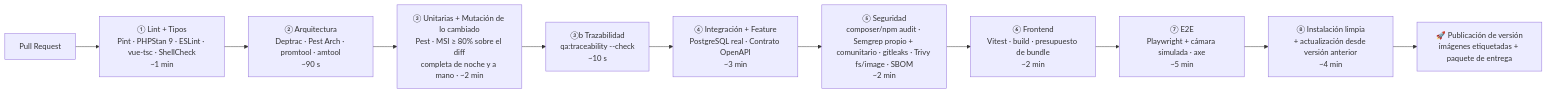
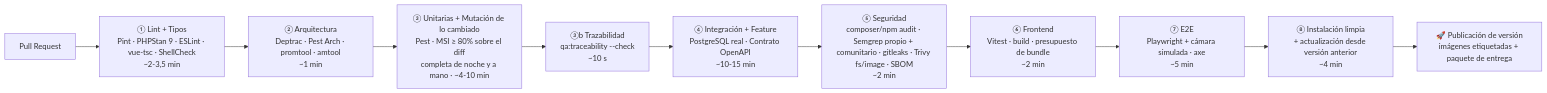
One commit to BorjaPeonSaiz/KronoQR changed the sixth of 6 diagrams in docs/02-stack-tecnologico-y-plan-implementacion.md. Above: the diagram before and after it, drawn with Mermaid. The commit also changed other lines of this file and 11 other files, not shown here.

````diff
--- a/docs/02-stack-tecnologico-y-plan-implementacion.md
+++ b/docs/02-stack-tecnologico-y-plan-implementacion.md
@@ -1064,13 +1064,13 @@
 ```mermaid
 graph LR
-    PR["Pull Request"] --> L["① Lint + Tipos<br/>Pint · PHPStan 9 · ESLint · vue-tsc · ShellCheck<br/>~1 min"]
-    L --> A["② Arquitectura<br/>Deptrac · Pest Arch · promtool · amtool<br/>~90 s"]
-    A --> U["③ Unitarias + Mutación de lo cambiado<br/>Pest · MSI ≥ 80% sobre el diff<br/>completa de noche y a mano · ~2 min"]
+    PR["Pull Request"] --> L["① Lint + Tipos<br/>Pint · PHPStan 9 · ESLint · vue-tsc · ShellCheck<br/>~2-3,5 min"]
+    L --> A["② Arquitectura<br/>Deptrac · Pest Arch · promtool · amtool<br/>~1 min"]
+    A --> U["③ Unitarias + Mutación de lo cambiado<br/>Pest · MSI ≥ 80% sobre el diff<br/>completa de noche y a mano · ~4-10 min"]
     U --> T["③b Trazabilidad<br/>qa:traceability --check<br/>~10 s"]
-    T --> I["④ Integración + Feature<br/>PostgreSQL real · Contrato OpenAPI<br/>~3 min"]
+    T --> I["④ Integración + Feature<br/>PostgreSQL real · Contrato OpenAPI<br/>~10-15 min"]
     I --> S["⑤ Seguridad<br/>composer/npm audit · Semgrep propio + comunitario · gitleaks · Trivy fs/image · SBOM<br/>~2 min"]
     S --> F["⑥ Frontend<br/>Vitest · build · presupuesto de bundle<br/>~2 min"]
     F --> E["⑦ E2E<br/>Playwright + cámara simulada · axe<br/>~5 min"]
     E --> INST["⑧ Instalación limpia<br/>+ actualización desde versión anterior<br/>~4 min"]
     INST --> REL["🚀 Publicación de versión<br/>imágenes etiquetadas + paquete de entrega"]
 ```
````
